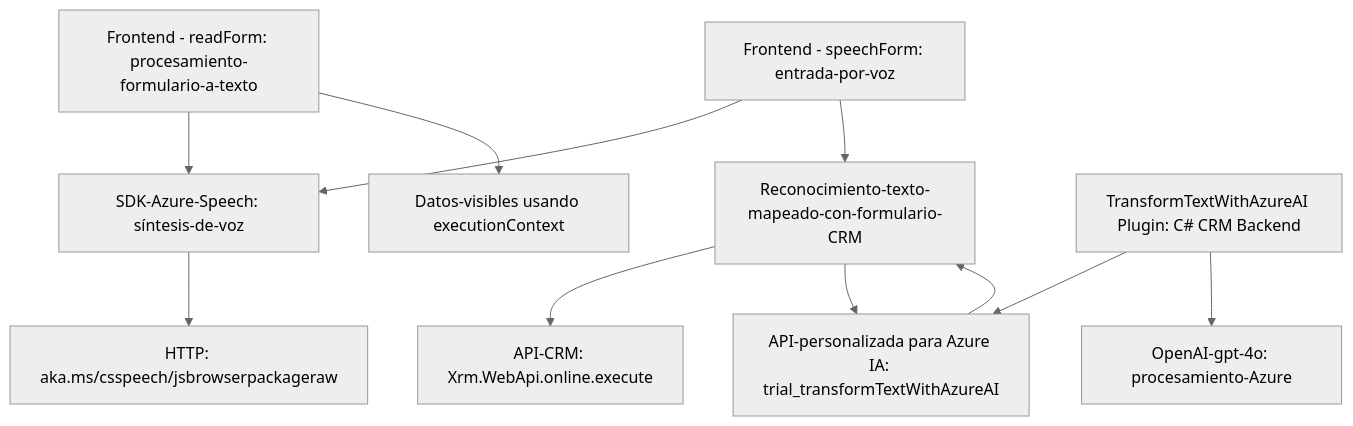
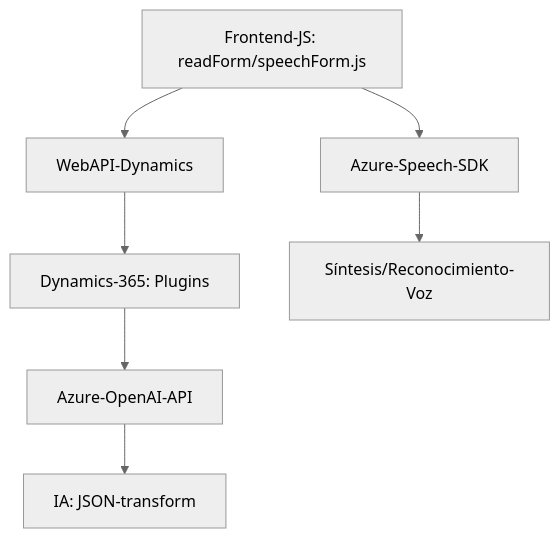
The diagram in README.md (blopezdm/NETCORE_BILBAO2025), drawn with Mermaid (neutral theme) before and after one commit. The commit also changed other lines of this file, not shown here.

Commit message:
Actualizar análisis global de la solución con IA

````diff
--- a/README.md
+++ b/README.md
@@ -45,15 +65,9 @@
 ```mermaid
 graph TD
-    A["Frontend - readForm: procesamiento-formulario-a-texto"] --> B1["SDK-Azure-Speech: síntesis-de-voz"]
-    B1 --> B2["HTTP: aka.ms/csspeech/jsbrowserpackageraw"]
-    A --> C1["Datos-visibles usando executionContext"]
-    
-    D["Frontend - speechForm: entrada-por-voz"] --> B1
-    D --> E1["Reconocimiento-texto-mapeado-con-formulario-CRM"]
-    E1 --> F1["API-CRM: Xrm.WebApi.online.execute"]
-    E1 --> F2["API-personalizada para Azure IA: trial_transformTextWithAzureAI"]
-
-    G["TransformTextWithAzureAI Plugin: C# CRM Backend"] --> F2
-    G --> H1["OpenAI-gpt-4o: procesamiento-Azure"]
-    F2 --> E1
+    A["Frontend-JS: readForm/speechForm.js"] --> B["Azure-Speech-SDK"]
+    A --> C["WebAPI-Dynamics"]
+    C --> D["Dynamics-365: Plugins"]
+    D --> E["Azure-OpenAI-API"]
+    B --> F["Síntesis/Reconocimiento-Voz"]
+    E --> G["IA: JSON-transform"]
 ```
````
